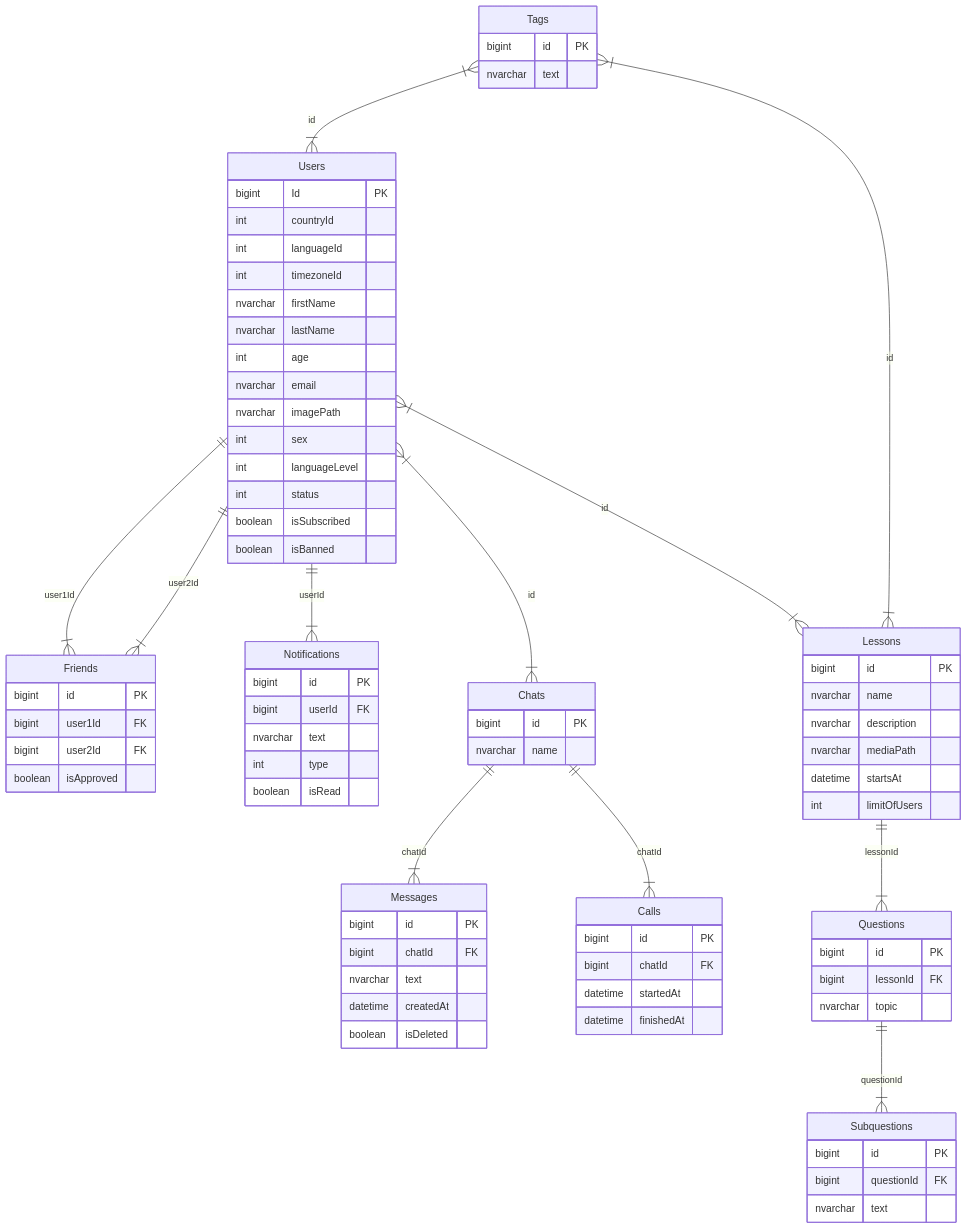
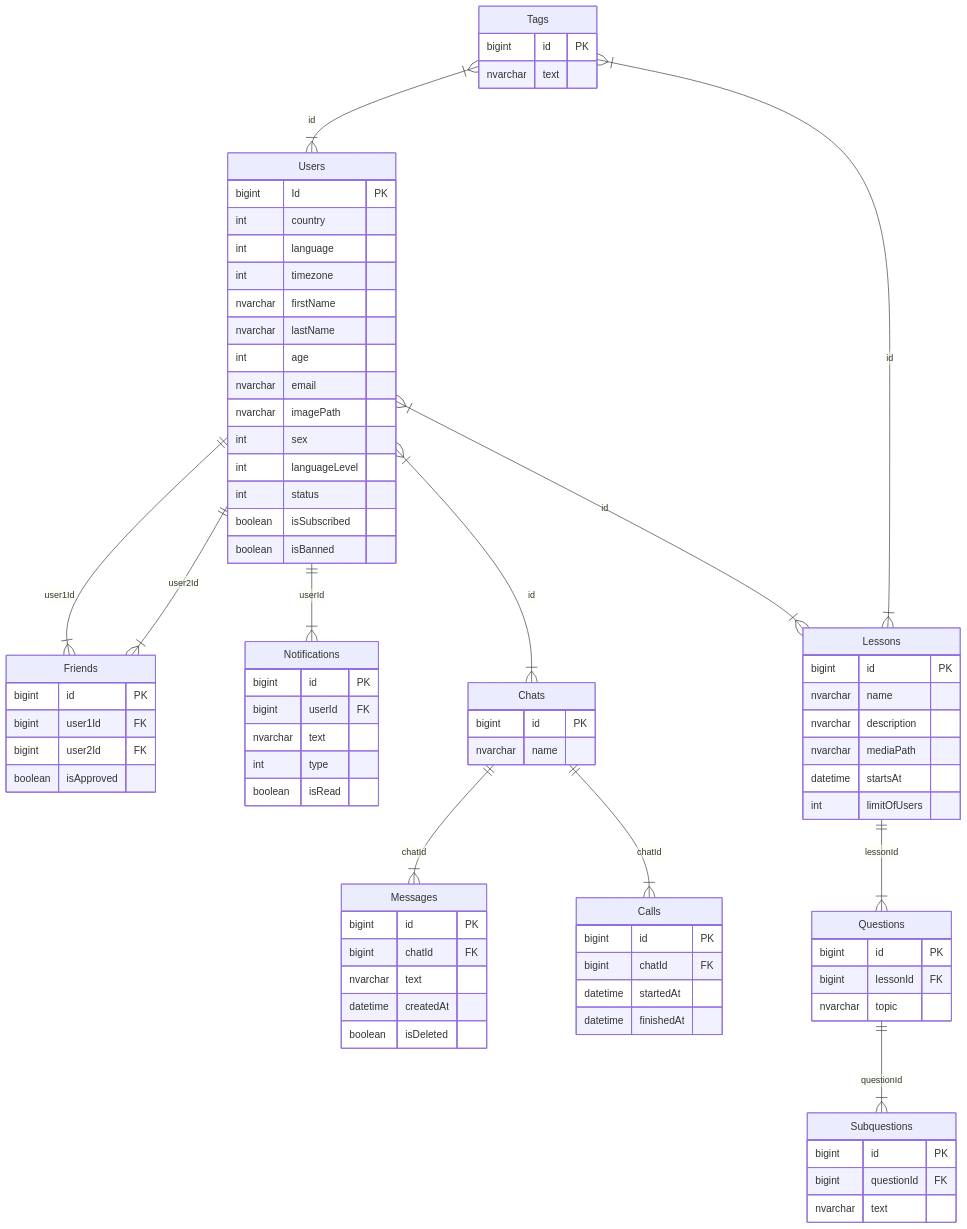
One commit to BinaryStudioAcademy/bsa-winter-2022-2023-easyspeak changed the diagram in README.md. Above: the diagram before and after it, drawn with Mermaid.

Commit message:
Schema updated: user fields countryId, to country, languageId to language, timezoneId to timezone

```diff
--- a/README.md
+++ b/README.md
@@ -44,9 +44,9 @@
 
   Users {
     bigint Id PK
-    int countryId
-    int languageId
-    int timezoneId
+    int country
+    int language
+    int timezone
     nvarchar firstName
     nvarchar lastName
     int age
```
